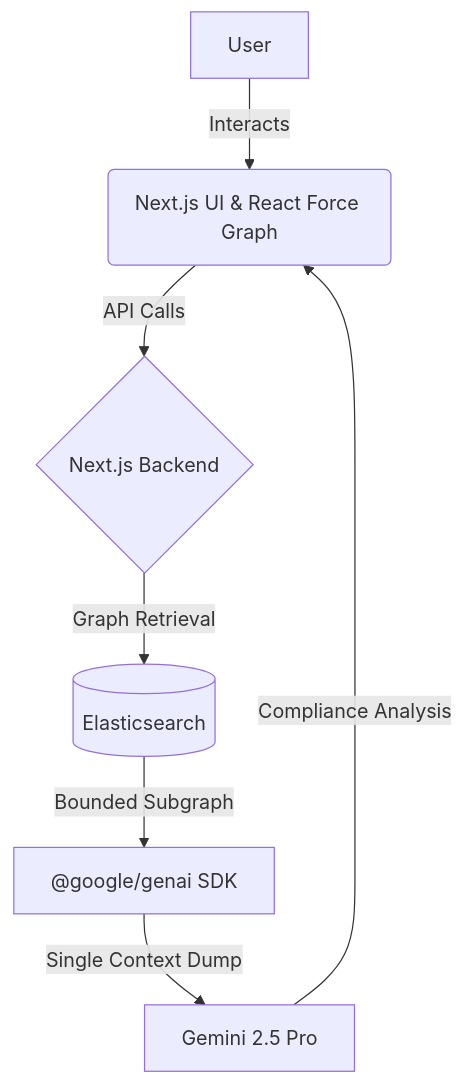
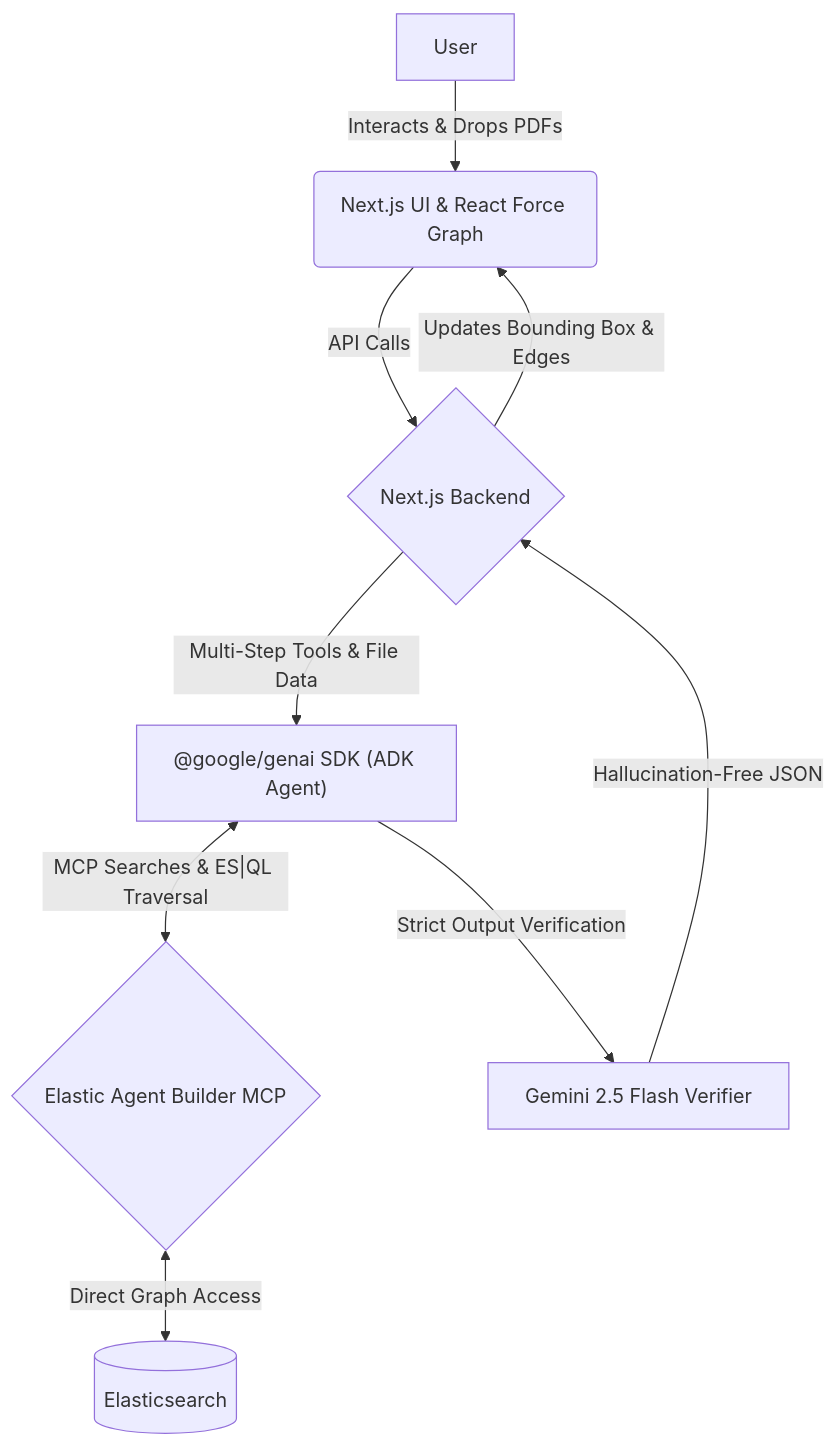
The diagram in README.md (AshutoshMishraIITKGP/RegChain-google-cloud-rapid-agent-2026), drawn with Mermaid before and after one commit. The commit also changed other lines of this file and 14 other files, not shown here.

````diff
--- a/README.md
+++ b/README.md
@@ -55,9 +55,11 @@
 ```mermaid
 graph TD
-    A["User"] -->|"Interacts"| B("Next.js UI & React Force Graph")
+    A["User"] -->|"Interacts & Drops PDFs"| B("Next.js UI & React Force Graph")
     B -->|"API Calls"| C{"Next.js Backend"}
-    C -->|"Graph Retrieval"| D[("Elasticsearch")]
-    D -->|"Bounded Subgraph"| E["@google/genai SDK"]
-    E -->|"Single Context Dump"| F["Gemini 2.5 Pro"]
-    F -->|"Compliance Analysis"| B
+    C -->|"Multi-Step Tools & File Data"| E["@google/genai SDK (ADK Agent)"]
+    E <-->|"MCP Searches & ES|QL Traversal"| F{"Elastic Agent Builder MCP"}
+    F <-->|"Direct Graph Access"| D[("Elasticsearch")]
+    E -->|"Strict Output Verification"| E2["Gemini 2.5 Flash Verifier"]
+    E2 -->|"Hallucination-Free JSON"| C
+    C -->|"Updates Bounding Box & Edges"| B
 ```
````
